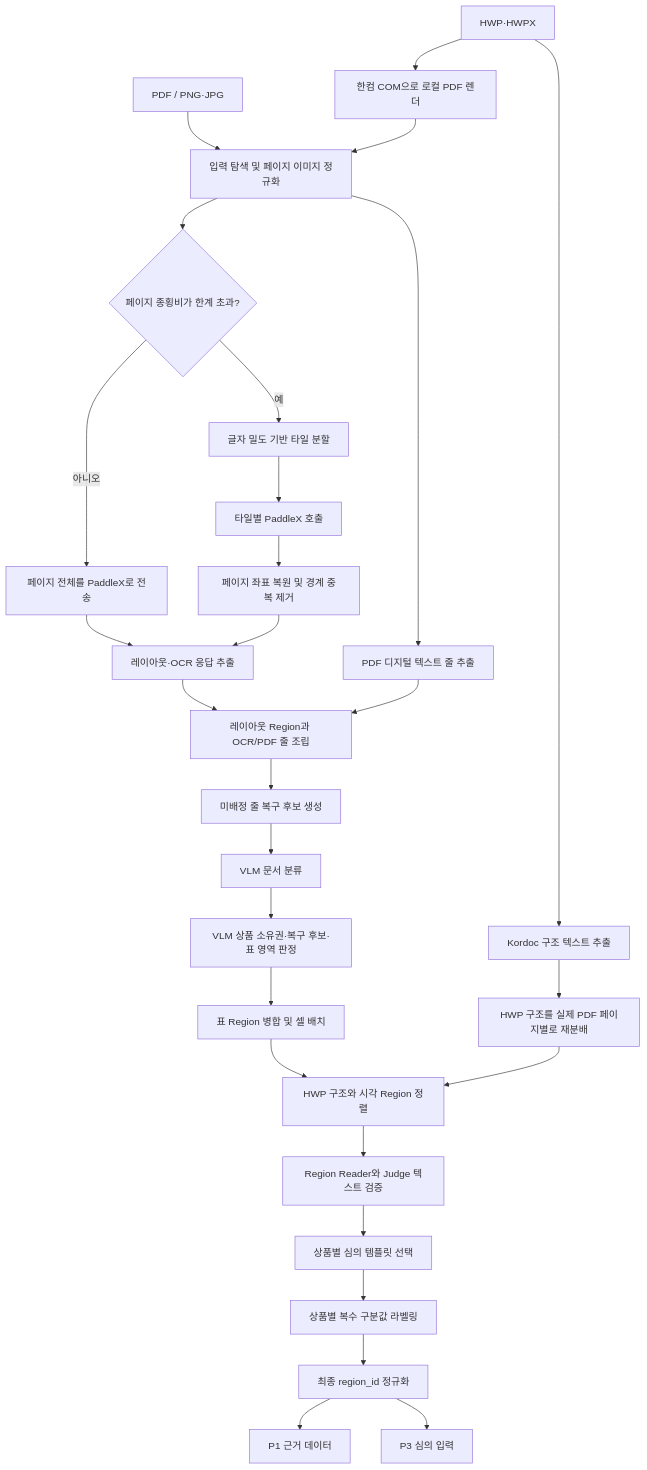
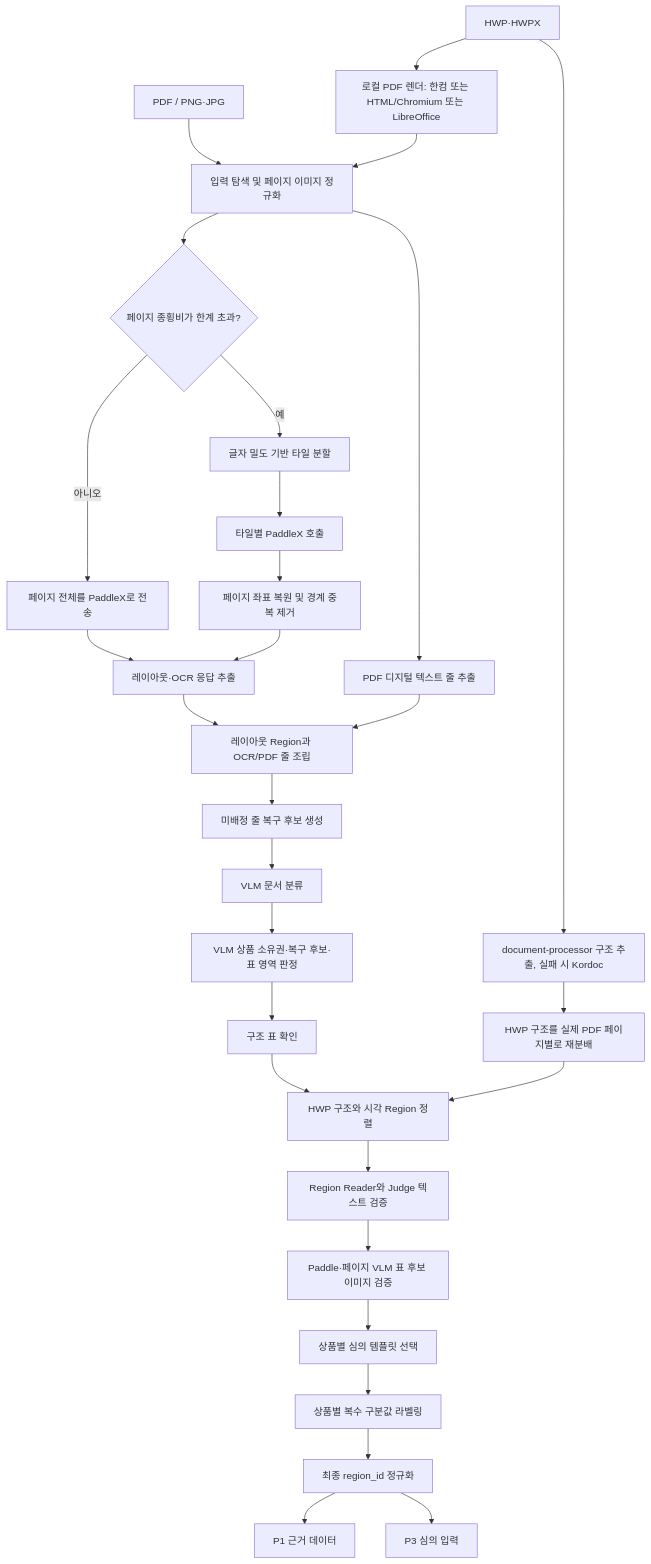
Before and after one commit to cg-wnsdud/nh-parser-fin: the diagram in docs/HANDOVER.md, drawn with Mermaid. The commit also changed other lines of this file and 34 other files, not shown here.

````diff
--- a/docs/HANDOVER.md
+++ b/docs/HANDOVER.md
@@ -87,30 +87,31 @@
 ```mermaid
 flowchart TD
     A[PDF / PNG·JPG] --> B[입력 탐색 및 페이지 이미지 정규화]
-    HW[HWP·HWPX] --> H1[Kordoc 구조 텍스트 추출]
-    HW --> H2[한컴 COM으로 로컬 PDF 렌더]
+    HW[HWP·HWPX] --> H1[document-processor 구조 추출, 실패 시 Kordoc]
+    HW --> H2[로컬 PDF 렌더: 한컴 또는 HTML/Chromium 또는 LibreOffice]
     H2 --> B
     B --> C{페이지 종횡비가 한계 초과?}
     C -- 아니오 --> D[페이지 전체를 PaddleX로 전송]
     C -- 예 --> E[글자 밀도 기반 타일 분할]
     E --> F[타일별 PaddleX 호출]
     D --> G[레이아웃·OCR 응답 추출]
     F --> H[페이지 좌표 복원 및 경계 중복 제거]
     H --> G
     B --> I[PDF 디지털 텍스트 줄 추출]
     G --> J[레이아웃 Region과 OCR/PDF 줄 조립]
     I --> J
     J --> K[미배정 줄 복구 후보 생성]
     K --> L[VLM 문서 분류]
     L --> M[VLM 상품 소유권·복구 후보·표 영역 판정]
-    M --> N[표 Region 병합 및 셀 배치]
+    M --> N[구조 표 확인]
     H1 --> HA[HWP 구조를 실제 PDF 페이지별로 재분배]
     N --> HB[HWP 구조와 시각 Region 정렬]
     HA --> HB
     HB --> O[Region Reader와 Judge 텍스트 검증]
-    O --> P[상품별 심의 템플릿 선택]
+    O --> V[Paddle·페이지 VLM 표 후보 이미지 검증]
+    V --> P[상품별 심의 템플릿 선택]
     P --> Q[상품별 복수 구분값 라벨링]
     Q --> R[최종 region_id 정규화]
     R --> S[P1 근거 데이터]
     R --> T[P3 심의 입력]
 ```
````
